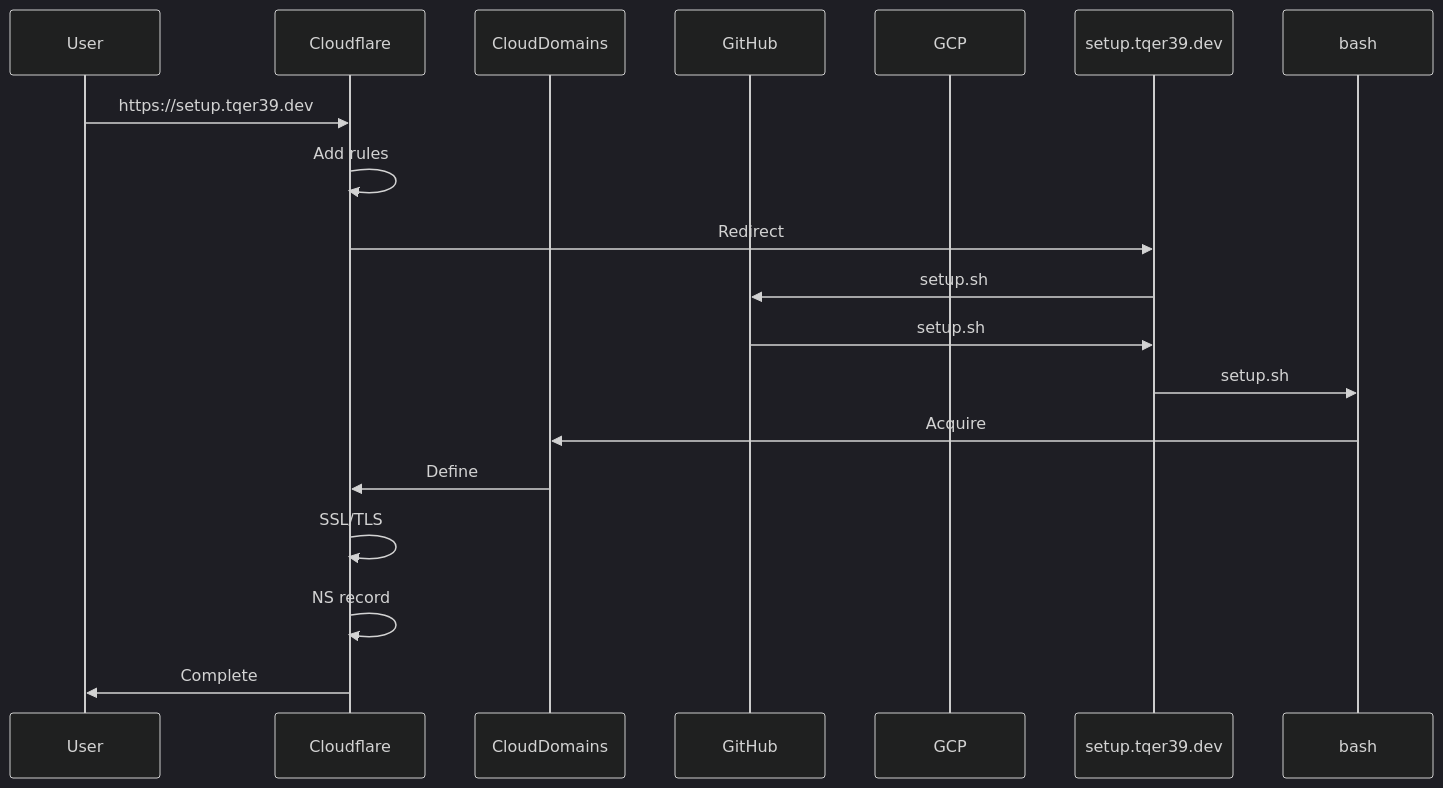
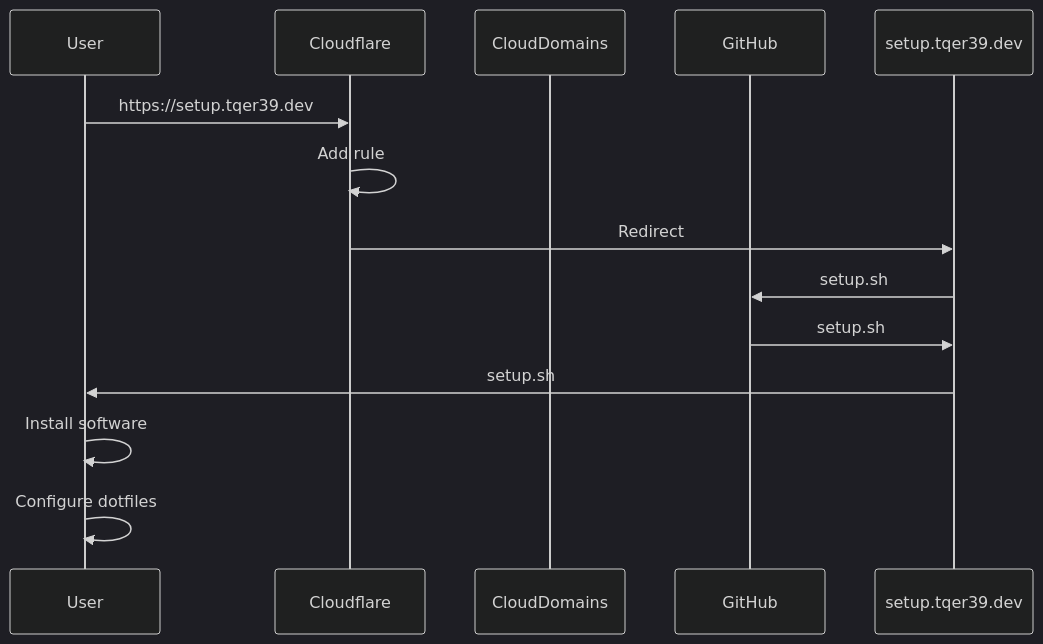
Before and after one commit to tqer39/local-workspace-provisioning: the diagram in README.md, drawn with Mermaid (dark theme). The commit also changed other lines of this file and 7 other files, not shown here.

````diff
--- a/README.md
+++ b/README.md
@@ -22,22 +22,17 @@
 ```mermaid
 sequenceDiagram
-    participant User
-    participant Cloudflare
-    participant CloudDomains
-    participant GitHub
-    participant GCP
-    participant setup.tqer39.dev
-    participant bash
+  participant User
+  participant Cloudflare
+  participant CloudDomains
+  participant GitHub
+  participant setup.tqer39.dev
 
-    User->>Cloudflare: https://setup.tqer39.dev
-    Cloudflare->>Cloudflare: Add rules
-    Cloudflare->>setup.tqer39.dev: Redirect
-    setup.tqer39.dev->>GitHub: setup.sh
-    GitHub->>setup.tqer39.dev: setup.sh
-    setup.tqer39.dev->>bash: setup.sh
-    bash->>CloudDomains: Acquire
-    CloudDomains->>Cloudflare: Define
-    Cloudflare->>Cloudflare: SSL/TLS
-    Cloudflare->>Cloudflare: NS record
-    Cloudflare->>User: Complete
+  User->>Cloudflare: https://setup.tqer39.dev
+  Cloudflare->>Cloudflare: Add rule
+  Cloudflare->>setup.tqer39.dev: Redirect
+  setup.tqer39.dev->>GitHub: setup.sh
+  GitHub->>setup.tqer39.dev: setup.sh
+  setup.tqer39.dev->>User: setup.sh
+  User->>User: Install software
+  User->>User: Configure dotfiles
 ```
````
